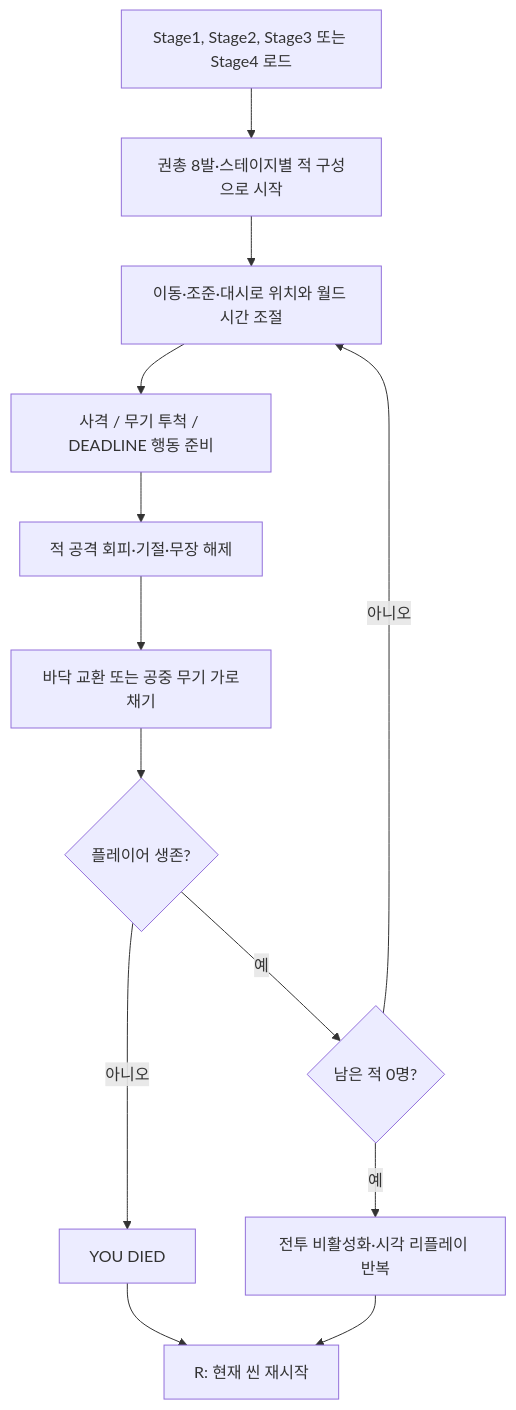
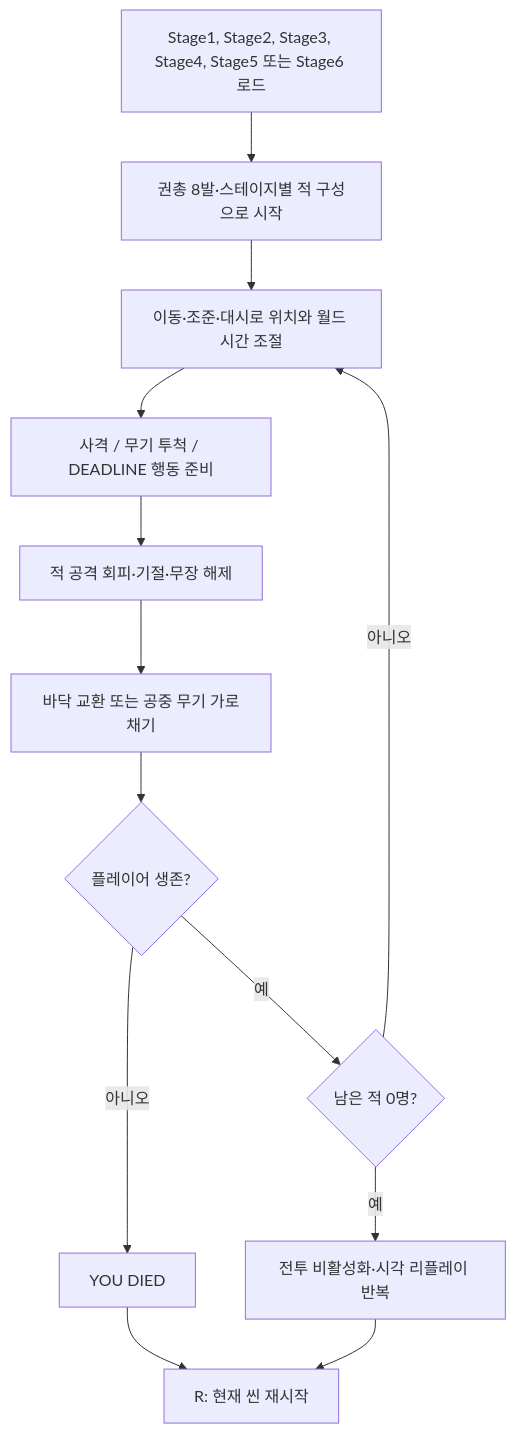
One commit to Mom-Dra/ProjectDeltatime changed the first of 3 diagrams in docs/PROJECT_DESIGN_DOCUMENT.md. Above: the diagram before and after it, drawn with Mermaid. The commit also changed other lines of this file and 44 other files, not shown here.

````diff
--- a/docs/PROJECT_DESIGN_DOCUMENT.md
+++ b/docs/PROJECT_DESIGN_DOCUMENT.md
@@ -139,15 +151,15 @@
 ```mermaid
 flowchart TD
-    A["Stage1, Stage2, Stage3 또는 Stage4 로드"] --> B["권총 8발·스테이지별 적 구성으로 시작"]
+    A["Stage1, Stage2, Stage3, Stage4, Stage5 또는 Stage6 로드"] --> B["권총 8발·스테이지별 적 구성으로 시작"]
     B --> C["이동·조준·대시로 위치와 월드 시간 조절"]
     C --> D["사격 / 무기 투척 / DEADLINE 행동 준비"]
     D --> E["적 공격 회피·기절·무장 해제"]
     E --> F["바닥 교환 또는 공중 무기 가로채기"]
     F --> G{"플레이어 생존?"}
     G -- "아니오" --> H["YOU DIED"]
     H --> I["R: 현재 씬 재시작"]
     G -- "예" --> J{"남은 적 0명?"}
     J -- "아니오" --> C
     J -- "예" --> K["전투 비활성화·시각 리플레이 반복"]
     K --> I
 ```
````
